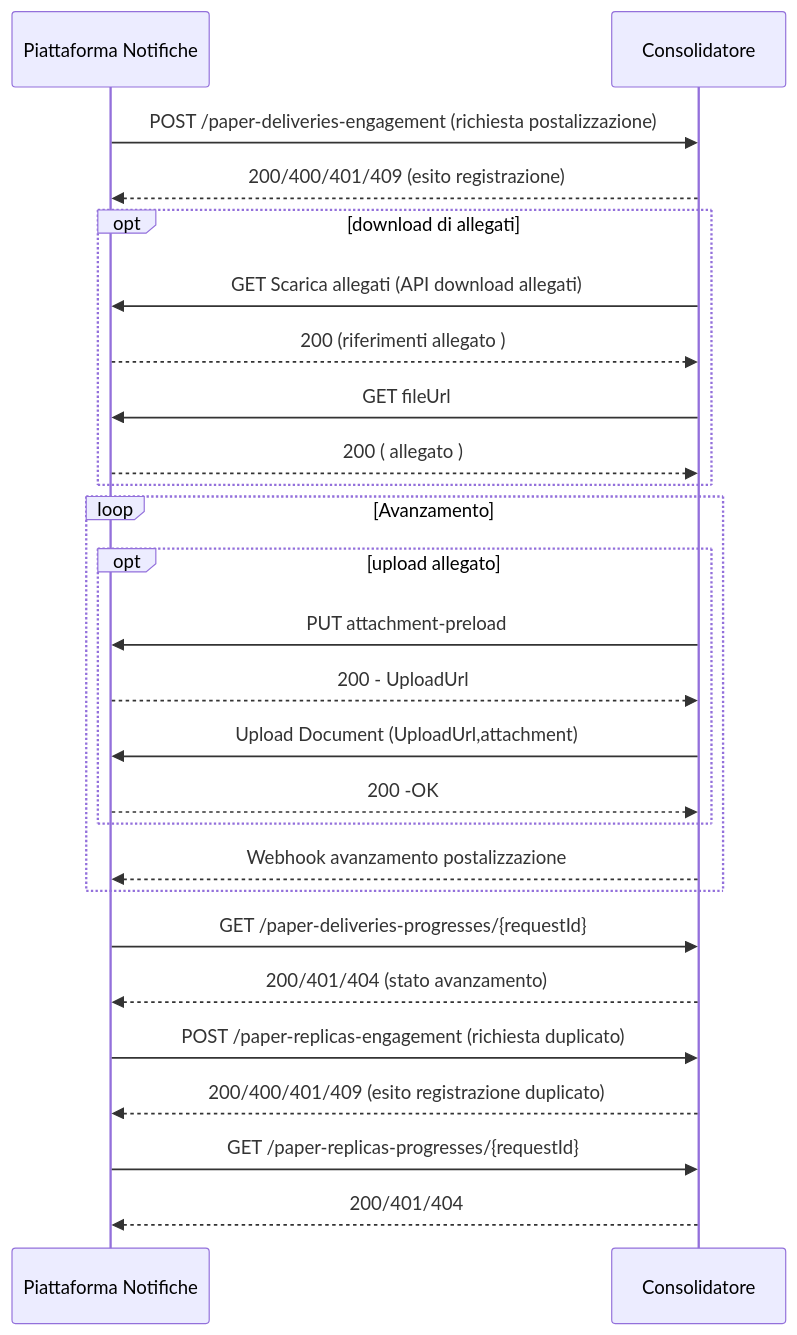
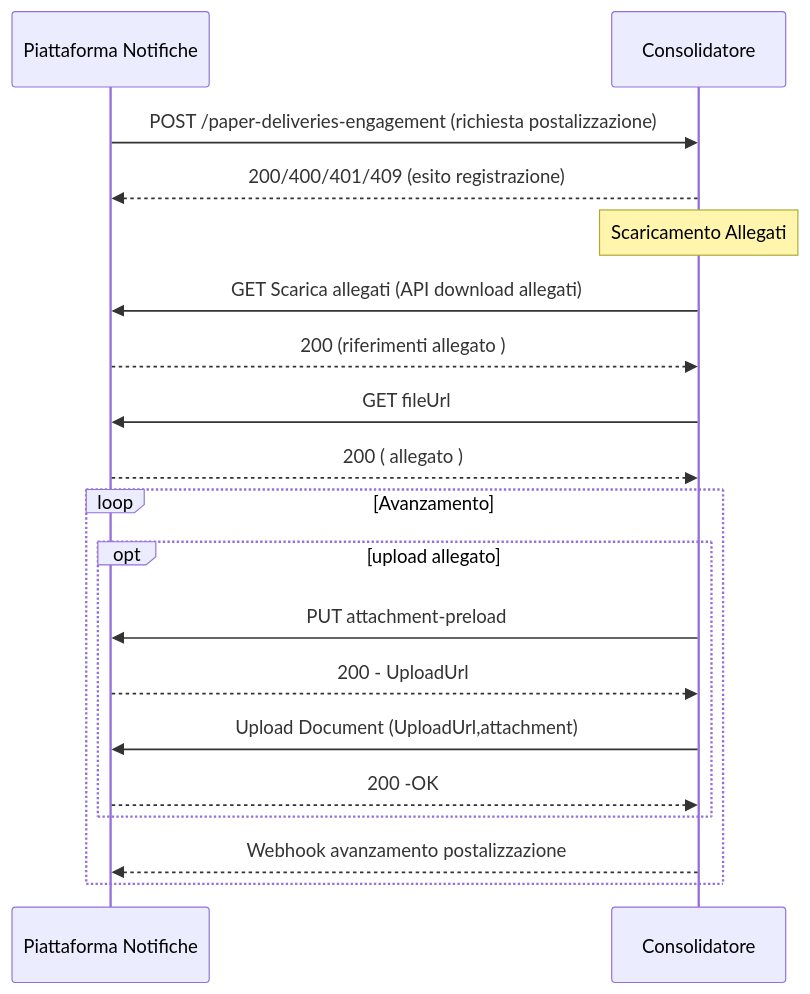
One commit to pagopa/pn-postalizzazione-api changed the diagram in docs/openapi/readme.md. Above: the diagram before and after it, drawn with Mermaid.

Commit message:
fix: eliminato opt e semplificato flusso

````diff
--- a/docs/openapi/readme.md
+++ b/docs/openapi/readme.md
@@ -35,36 +35,29 @@
 ```mermaid
 sequenceDiagram
     participant PN as Piattaforma Notifiche
     participant CONS as Consolidatore
 
     PN->>CONS: POST /paper-deliveries-engagement (richiesta postalizzazione)
     CONS-->>PN: 200/400/401/409 (esito registrazione)
 
-opt download di allegati 
+note over CONS : Scaricamento Allegati
     CONS->>PN: GET Scarica allegati (API download allegati)
     PN-->>CONS: 200 (riferimenti allegato )
     CONS ->> PN: GET fileUrl
     PN -->> CONS : 200 ( allegato ) 
-end 
+
 
     loop Avanzamento
     
     opt upload allegato
     CONS ->> PN : PUT attachment-preload
     PN -->> CONS : 200 - UploadUrl 
     CONS ->> PN : Upload Document (UploadUrl,attachment)
     PN -->> CONS : 200 -OK
 
     end
         CONS-->>PN: Webhook avanzamento postalizzazione
     end
 
-    PN->>CONS: GET /paper-deliveries-progresses/{requestId}
-    CONS-->>PN: 200/401/404 (stato avanzamento)
-
-    PN->>CONS: POST /paper-replicas-engagement (richiesta duplicato)
-    CONS-->>PN: 200/400/401/409 (esito registrazione duplicato)
-
-    PN->>CONS: GET /paper-replicas-progresses/{requestId}
-    CONS-->>PN: 200/401/404
+    
 ```
````
